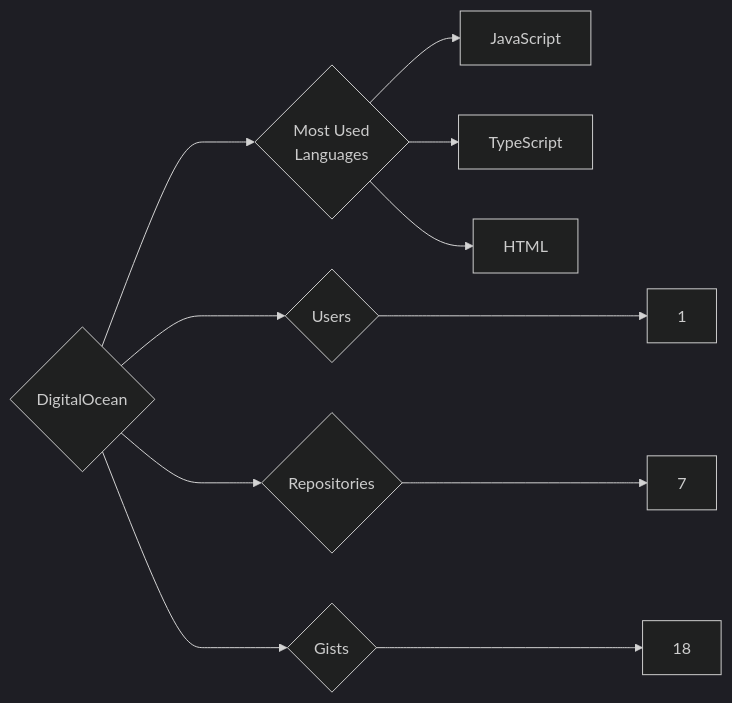
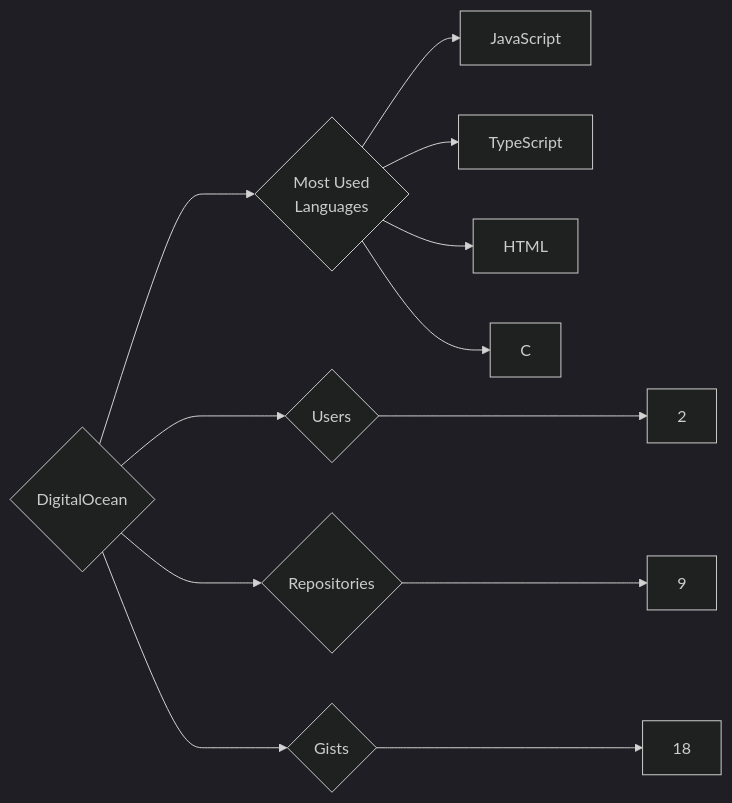
The diagram in targets/DigitalOcean/README.md (trickest/insiders), drawn with Mermaid (dark theme) before and after one commit. The commit also changed 865 other files, not shown here.

````diff
--- a/targets/DigitalOcean/README.md
+++ b/targets/DigitalOcean/README.md
@@ -3,11 +3,12 @@
 ```mermaid
 graph LR
 COMPANY_NAME{DigitalOcean}
-COMPANY_NAME ---> U{Users} ---> UN[1]
-COMPANY_NAME ---> R{Repositories} ---> RN[7]
+COMPANY_NAME ---> U{Users} ---> UN[2]
+COMPANY_NAME ---> R{Repositories} ---> RN[9]
 COMPANY_NAME ---> G{Gists} ---> GN[18]
 COMPANY_NAME ---> ML{Most Used<br>Languages}
 ML --> JavaScript[JavaScript]
 ML --> TypeScript[TypeScript]
 ML --> HTML[HTML]
+ML --> C[C]
 ```
````
